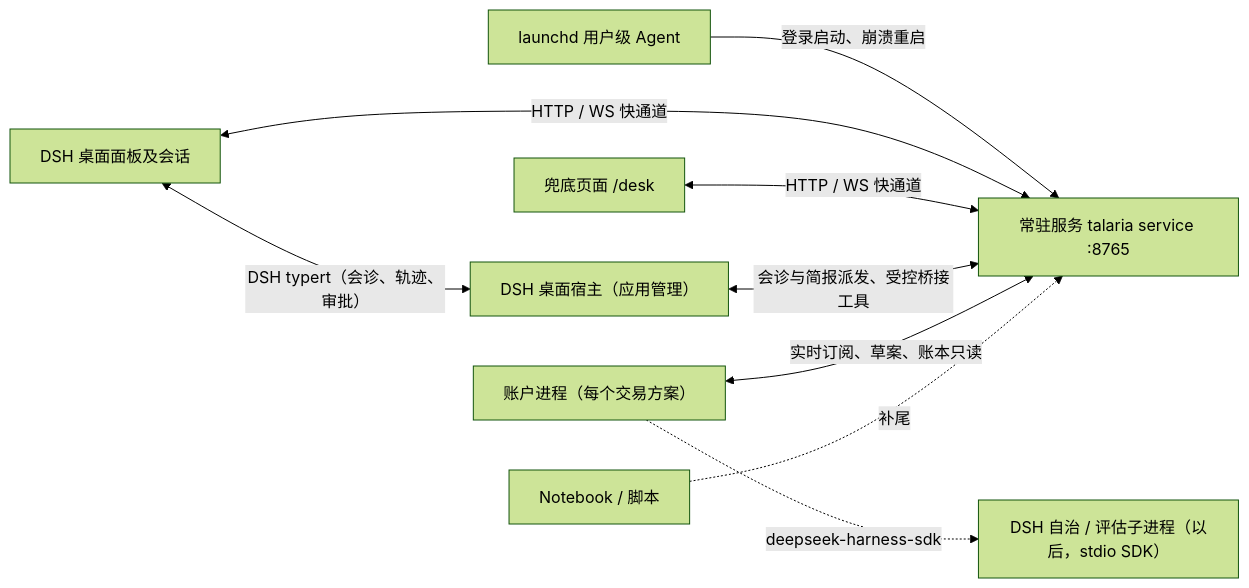
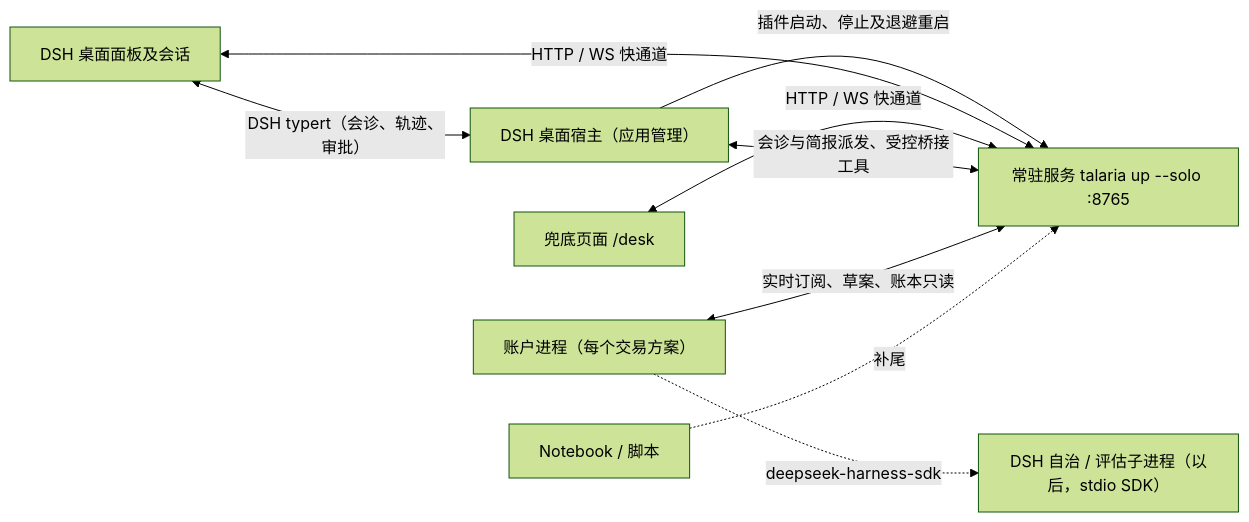
Before and after one commit to Dikui/Talaria: the second of 2 diagrams in docs/architecture.md, drawn with Mermaid (forest theme). The commit also changed other lines of this file and 22 other files, not shown here.

````diff
--- a/docs/architecture.md
+++ b/docs/architecture.md
@@ -520,20 +521,19 @@
 ```mermaid
 flowchart LR
-  Launchd["launchd 用户级 Agent"]
-  Svc["常驻服务 talaria service :8765"]
+  Svc["常驻服务 talaria up --solo :8765"]
   Panels["DSH 桌面面板及会话"]
   Fallback["兜底页面 /desk"]
   Desktop["DSH 桌面宿主（应用管理）"]
   Acct["账户进程（每个交易方案）"]
   NB["Notebook / 脚本"]
   DSHAuto["DSH 自治 / 评估子进程（以后，stdio SDK）"]
 
-  Launchd -->|"登录启动、崩溃重启"| Svc
+  Desktop -->|"插件启动、停止及退避重启"| Svc
   Panels <-->|"HTTP / WS 快通道"| Svc
   Fallback <-->|"HTTP / WS 快通道"| Svc
   Panels <-->|"DSH typert（会诊、轨迹、审批）"| Desktop
   Desktop <-->|"会诊与简报派发、受控桥接工具"| Svc
   Acct <-->|"实时订阅、草案、账本只读"| Svc
   NB -. "补尾" .-> Svc
   Acct -. "deepseek-harness-sdk" .-> DSHAuto
 ```
````
